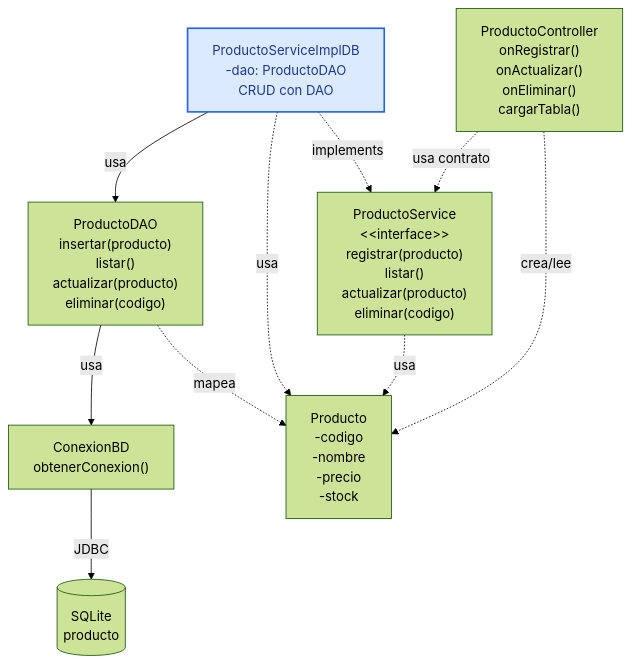
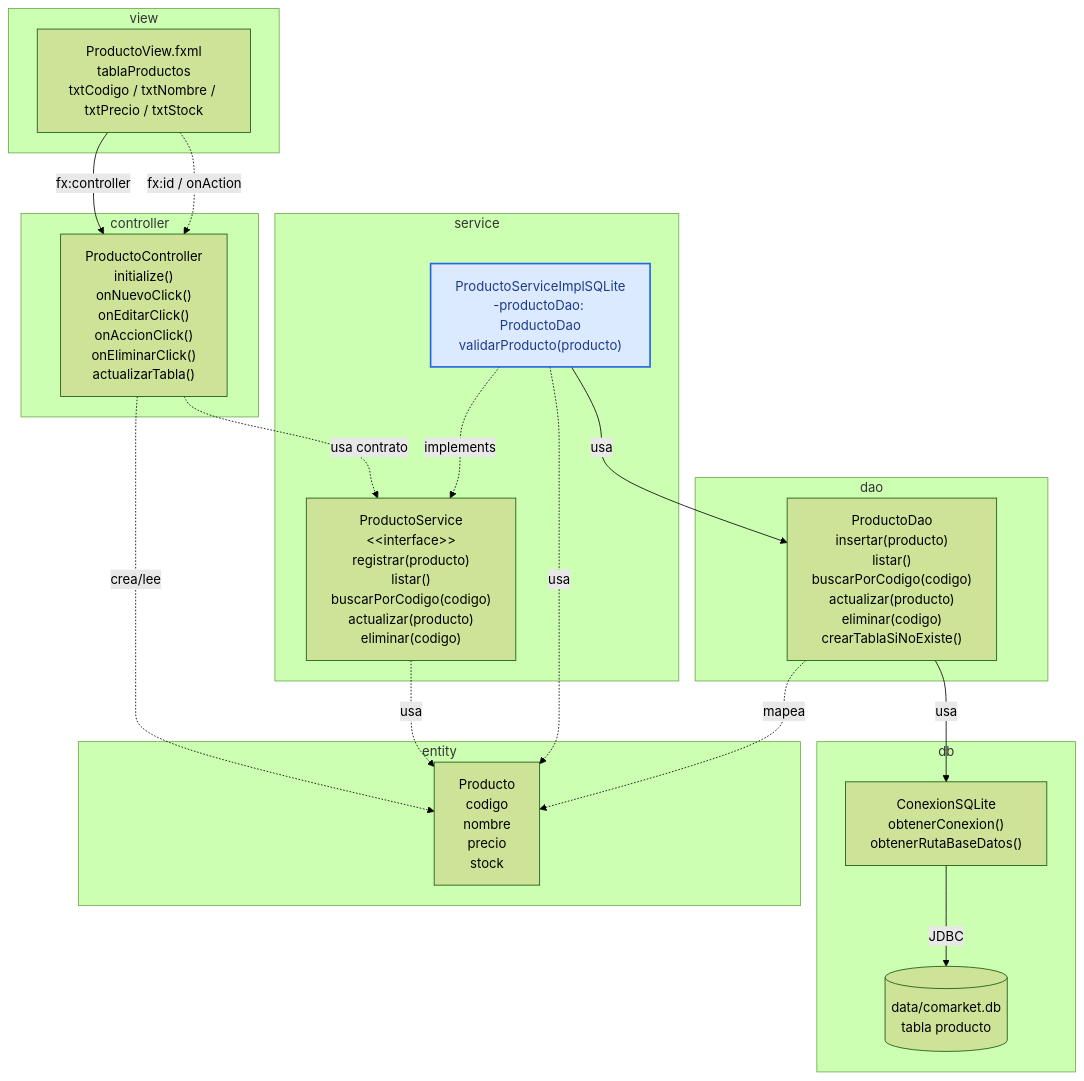
Before and after one commit to 262poo/comarket: the diagram in docs/S08_Arquitectura_DAO_CRUD_Persistente.md, drawn with Mermaid (forest theme). The commit also changed other lines of this file and 16 other files, not shown here.

````diff
--- a/docs/S08_Arquitectura_DAO_CRUD_Persistente.md
+++ b/docs/S08_Arquitectura_DAO_CRUD_Persistente.md
@@ -66,23 +66,43 @@
 ```mermaid
 flowchart TB
-    ProductoController["ProductoController<br/>onRegistrar()<br/>onActualizar()<br/>onEliminar()<br/>cargarTabla()"]
-    ProductoService["ProductoService<br/>&lt;&lt;interface&gt;&gt;<br/>registrar(producto)<br/>listar()<br/>actualizar(producto)<br/>eliminar(codigo)"]
-    ProductoServiceImplDB["ProductoServiceImplDB<br/>-dao: ProductoDAO<br/>CRUD con DAO"]
-    ProductoDAO["ProductoDAO<br/>insertar(producto)<br/>listar()<br/>actualizar(producto)<br/>eliminar(codigo)"]
-    ConexionBD["ConexionBD<br/>obtenerConexion()"]
-    SQLite[("SQLite<br/>producto")]
-    Producto["Producto<br/>-codigo<br/>-nombre<br/>-precio<br/>-stock"]
+    subgraph View["view"]
+        ProductoView["ProductoView.fxml<br/>tablaProductos<br/>txtCodigo / txtNombre / txtPrecio / txtStock"]
+    end
 
+    subgraph Controller["controller"]
+        ProductoController["ProductoController<br/>initialize()<br/>onNuevoClick()<br/>onEditarClick()<br/>onAccionClick()<br/>onEliminarClick()<br/>actualizarTabla()"]
+    end
+
+    subgraph Service["service"]
+        ProductoService["ProductoService<br/>&lt;&lt;interface&gt;&gt;<br/>registrar(producto)<br/>listar()<br/>buscarPorCodigo(codigo)<br/>actualizar(producto)<br/>eliminar(codigo)"]
+        ProductoServiceImplSQLite["ProductoServiceImplSQLite<br/>-productoDao: ProductoDao<br/>validarProducto(producto)"]
+    end
+
+    subgraph Dao["dao"]
+        ProductoDao["ProductoDao<br/>insertar(producto)<br/>listar()<br/>buscarPorCodigo(codigo)<br/>actualizar(producto)<br/>eliminar(codigo)<br/>crearTablaSiNoExiste()"]
+    end
+
+    subgraph Db["db"]
+        ConexionSQLite["ConexionSQLite<br/>obtenerConexion()<br/>obtenerRutaBaseDatos()"]
+        SQLite[("data/comarket.db<br/>tabla producto")]
+    end
+
+    subgraph Entity["entity"]
+        Producto["Producto<br/>codigo<br/>nombre<br/>precio<br/>stock"]
+    end
+
+    ProductoView -->|"fx:controller"| ProductoController
+    ProductoView -.->|"fx:id / onAction"| ProductoController
     ProductoController -. usa contrato .-> ProductoService
     ProductoController -. crea/lee .-> Producto
-    ProductoServiceImplDB -. implements .-> ProductoService
+    ProductoServiceImplSQLite -. implements .-> ProductoService
     ProductoService -. usa .-> Producto
-    ProductoServiceImplDB -. usa .-> Producto
-    ProductoServiceImplDB -->|"usa"| ProductoDAO
-    ProductoDAO -. mapea .-> Producto
-    ProductoDAO -->|"usa"| ConexionBD
-    ConexionBD -->|"JDBC"| SQLite
+    ProductoServiceImplSQLite -. usa .-> Producto
+    ProductoServiceImplSQLite -->|"usa"| ProductoDao
+    ProductoDao -. mapea .-> Producto
+    ProductoDao -->|"usa"| ConexionSQLite
+    ConexionSQLite -->|"JDBC"| SQLite
 
     classDef serviceImpl fill:#dbeafe,stroke:#2563eb,stroke-width:2px,color:#1e3a8a;
-    class ProductoServiceImplDB serviceImpl;
+    class ProductoServiceImplSQLite serviceImpl;
 ```
````
